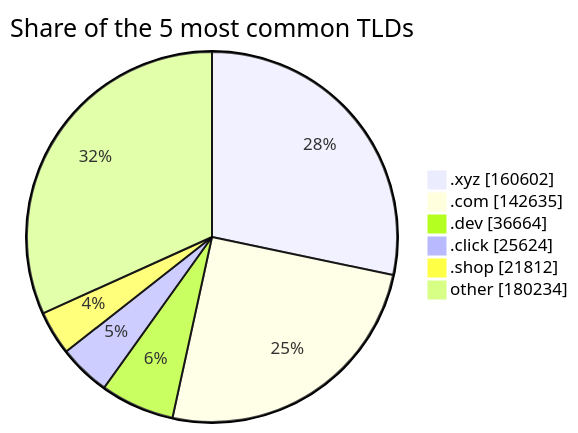
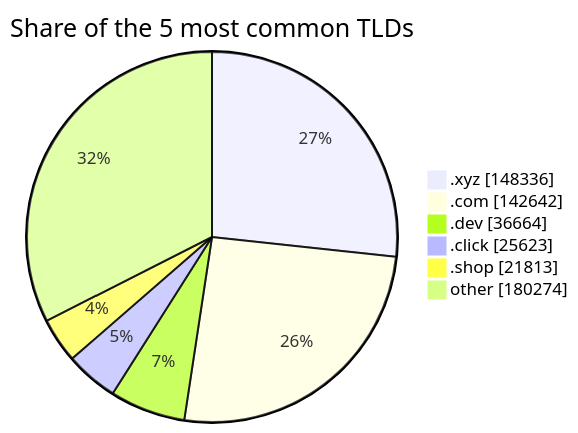
Before and after one commit to DNSBunker/CTI: the third of 3 diagrams in README.md, drawn with Mermaid. The commit also changed other lines of this file and 3 other files, not shown here.

````diff
--- a/README.md
+++ b/README.md
@@ -81,9 +81,9 @@
 ```mermaid
 pie showData title Share of the 5 most common TLDs
-    ".xyz" : 160602
-    ".com" : 142635
+    ".xyz" : 148336
+    ".com" : 142642
     ".dev" : 36664
-    ".click" : 25624
-    ".shop" : 21812
-    "other" : 180234
+    ".click" : 25623
+    ".shop" : 21813
+    "other" : 180274
 ```
````
